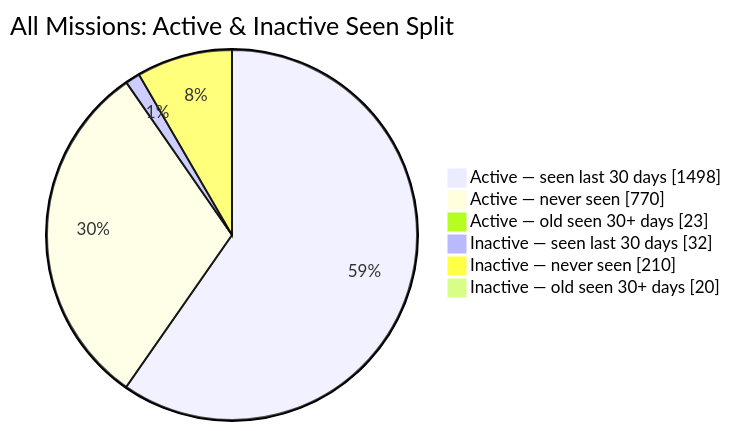
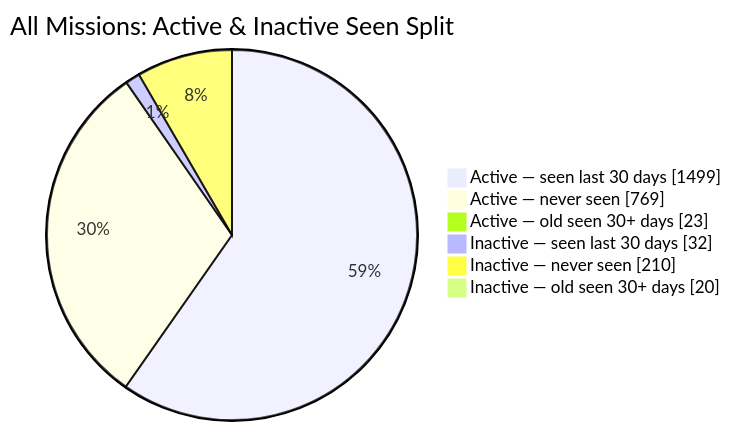
Before and after one commit to MeldkamerspelGameTeam/active-missions: the second of 2 diagrams in README.md, drawn with Mermaid. The commit also changed other lines of this file and 3 other files, not shown here.

````diff
--- a/README.md
+++ b/README.md
@@ -44,10 +44,10 @@
 ```mermaid
 pie showData
     title All Missions: Active & Inactive Seen Split
-    "Active — seen last 30 days" : 1498
-    "Active — never seen" : 770
+    "Active — seen last 30 days" : 1499
+    "Active — never seen" : 769
     "Active — old seen 30+ days" : 23
     "Inactive — seen last 30 days" : 32
     "Inactive — never seen" : 210
     "Inactive — old seen 30+ days" : 20
 ```
````
